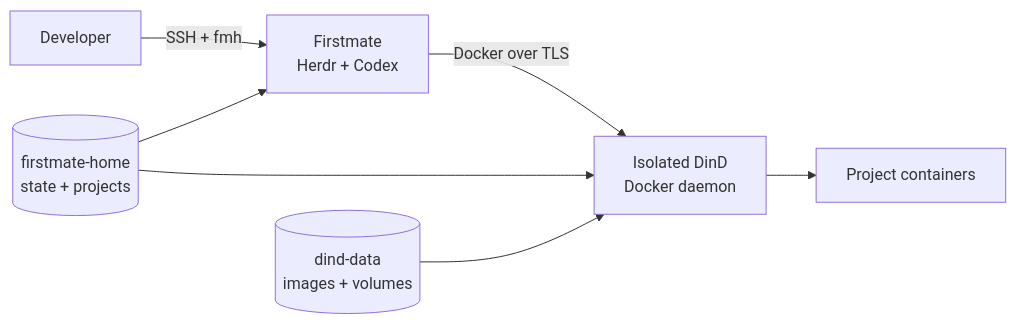
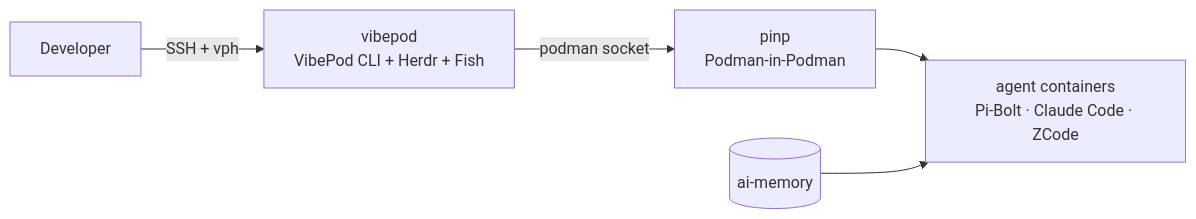
The diagram in docs/index.md (yuyuimoe/secure-ai-homelab), drawn with Mermaid before and after one commit. The commit also changed other lines of this file and 43 other files, not shown here.

First line of the commit message:
chore: checkpoint VibePod Homelab rebrand

````diff
--- a/docs/index.md
+++ b/docs/index.md
@@ -18,10 +17,7 @@
 ```mermaid
 flowchart LR
-    DEV[Developer] -->|SSH + fmh| FM[Firstmate<br/>Herdr + Codex]
-    FM -->|Docker over TLS| DIND[Isolated DinD<br/>Docker daemon]
-    DIND --> APPS[Project containers]
-
-    HOME[(firstmate-home<br/>state + projects)] --> FM
-    HOME --> DIND
-    DATA[(dind-data<br/>images + volumes)] --> DIND
+    DEV[Developer] -->|SSH + vph| VP[vibepod<br/>VibePod CLI + Herdr + Fish]
+    VP -->|podman socket| PINP[pinp<br/>Podman-in-Podman]
+    PINP --> AGENTS[agent containers<br/>Pi-Bolt · Claude Code · ZCode]
+    MEM[(ai-memory)] --> AGENTS
 ```
````
